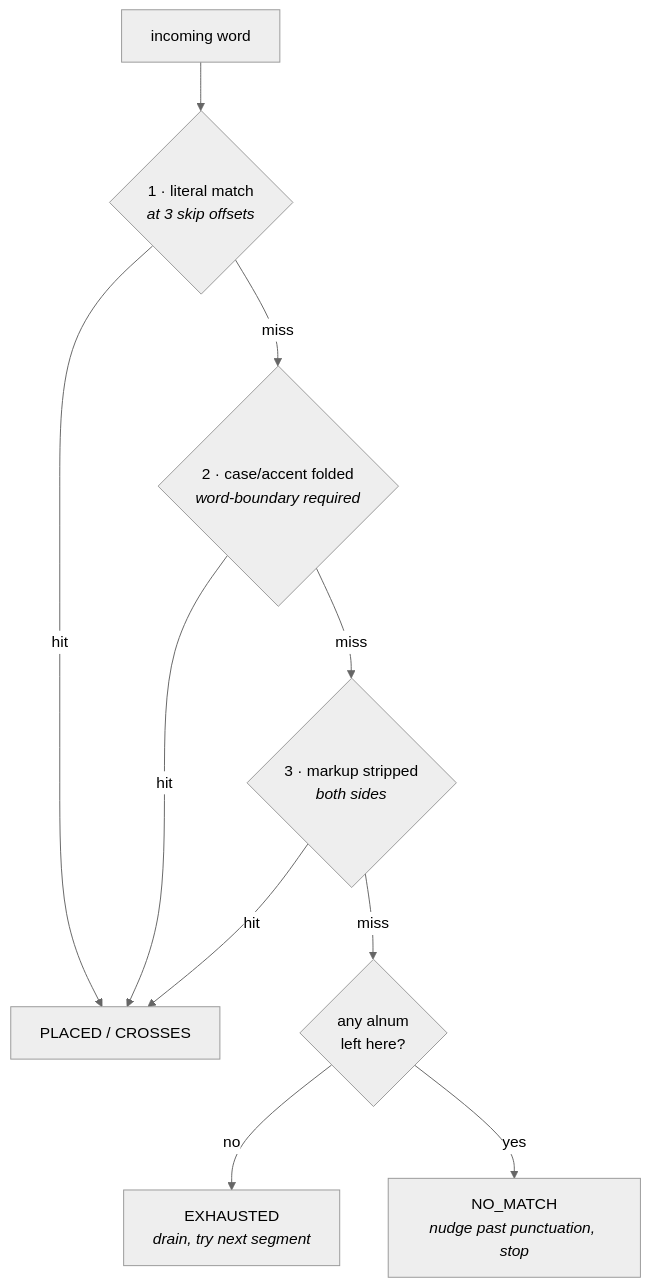
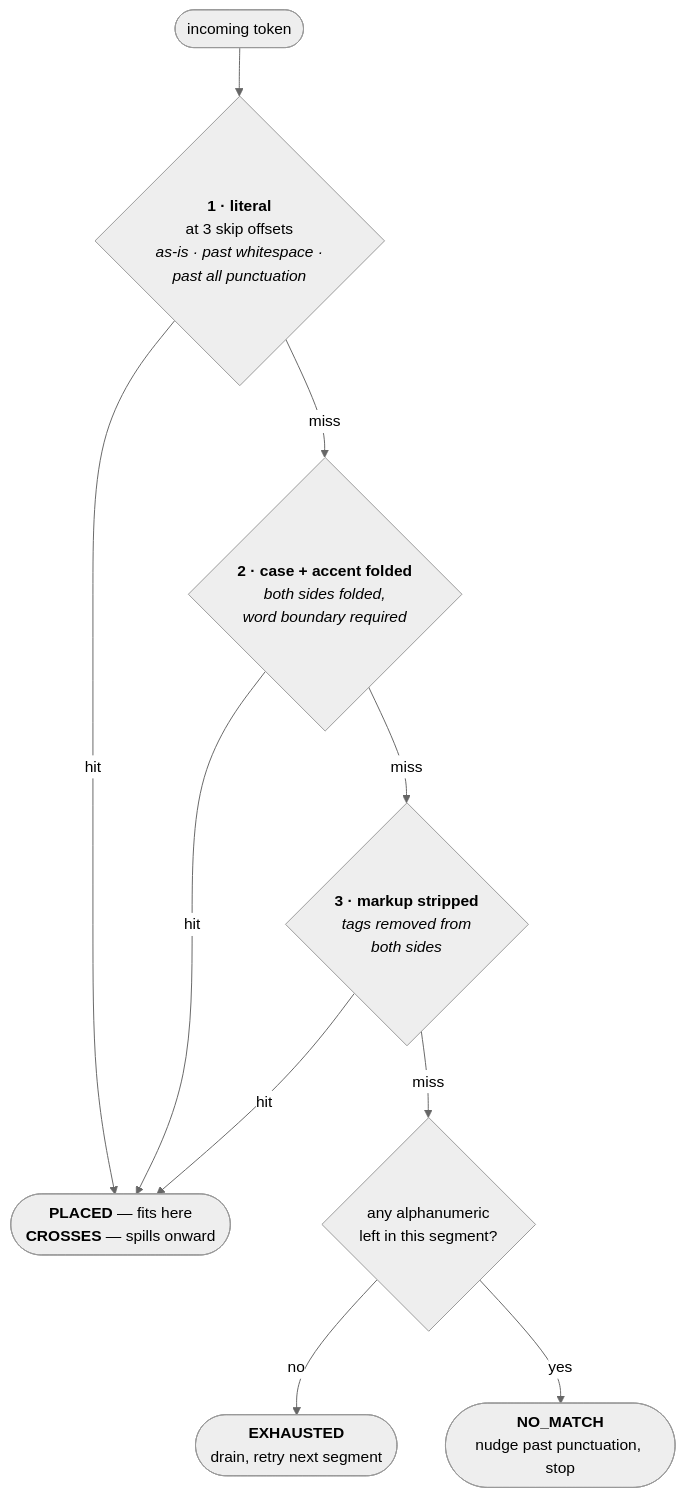
One commit to martinstiago/pipecat changed the diagram in docs/architecture/text-segment-map.md. Above: the diagram before and after it, drawn with Mermaid (neutral theme). The commit also changed other lines of this file and 4 other files, not shown here.

````diff
--- a/docs/architecture/text-segment-map.md
+++ b/docs/architecture/text-segment-map.md
@@ -95,12 +151,21 @@
 ```mermaid
 flowchart TD
-    W["incoming word"] --> S1
-    S1{"1 · literal match<br/><i>at 3 skip offsets</i>"} -->|hit| R
-    S1 -->|miss| S2{"2 · case/accent folded<br/><i>word-boundary required</i>"}
+    W(["incoming token"]) --> S1
+
+    S1{"<b>1 · literal</b><br/>at 3 skip offsets<br/><i>as-is · past whitespace ·<br/>past all punctuation</i>"}
+    S1 -->|hit| R
+    S1 -->|miss| S2
+
+    S2{"<b>2 · case + accent folded</b><br/><i>both sides folded,<br/>word boundary required</i>"}
     S2 -->|hit| R
-    S2 -->|miss| S3{"3 · markup stripped<br/><i>both sides</i>"}
-    S3 -->|hit| R["PLACED / CROSSES"]
-    S3 -->|miss| ST{"any alnum<br/>left here?"}
-    ST -->|no| EX["EXHAUSTED<br/><i>drain, try next segment</i>"]
-    ST -->|yes| NM["NO_MATCH<br/><i>nudge past punctuation, stop</i>"]
+    S2 -->|miss| S3
+
+    S3{"<b>3 · markup stripped</b><br/><i>tags removed from<br/>both sides</i>"}
+    S3 -->|hit| R
+    S3 -->|miss| ST
+
+    R(["<b>PLACED</b> — fits here<br/><b>CROSSES</b> — spills onward"])
+    ST{"any alphanumeric<br/>left in this segment?"}
+    ST -->|no| EX(["<b>EXHAUSTED</b><br/>drain, retry next segment"])
+    ST -->|yes| NM(["<b>NO_MATCH</b><br/>nudge past punctuation, stop"])
 ```
````
